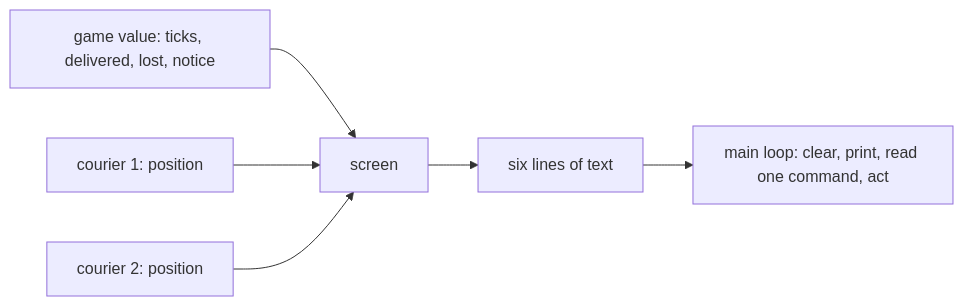
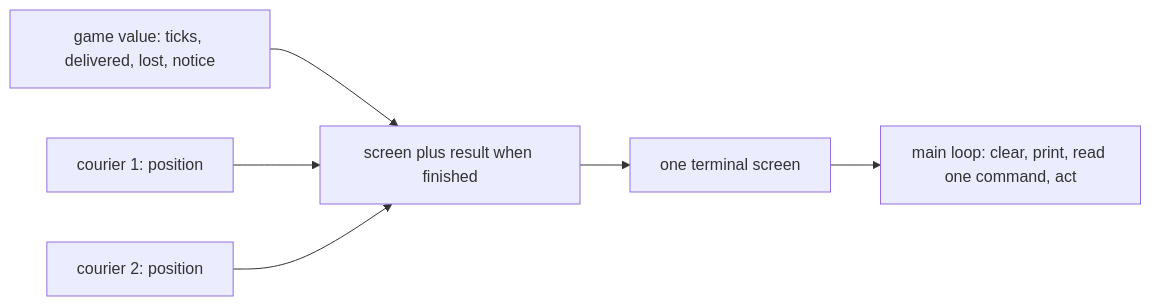
One commit to TM-59/parcel-relay changed the third of 3 diagrams in docs/theory/02-supervision-and-the-game.md. Above: the diagram before and after it, drawn with Mermaid. The commit also changed other lines of this file and 14 other files, not shown here.

````diff
--- a/docs/theory/02-supervision-and-the-game.md
+++ b/docs/theory/02-supervision-and-the-game.md
@@ -78,8 +78,8 @@
 ```mermaid
 flowchart LR
-    G["game value: ticks, delivered, lost, notice"] --> S["screen"]
+    G["game value: ticks, delivered, lost, notice"] --> S["screen plus result when finished"]
     C1["courier 1: position"] --> S
     C2["courier 2: position"] --> S
-    S --> T["six lines of text"]
+    S --> T["one terminal screen"]
     T --> L["main loop: clear, print, read one command, act"]
 ```
````
